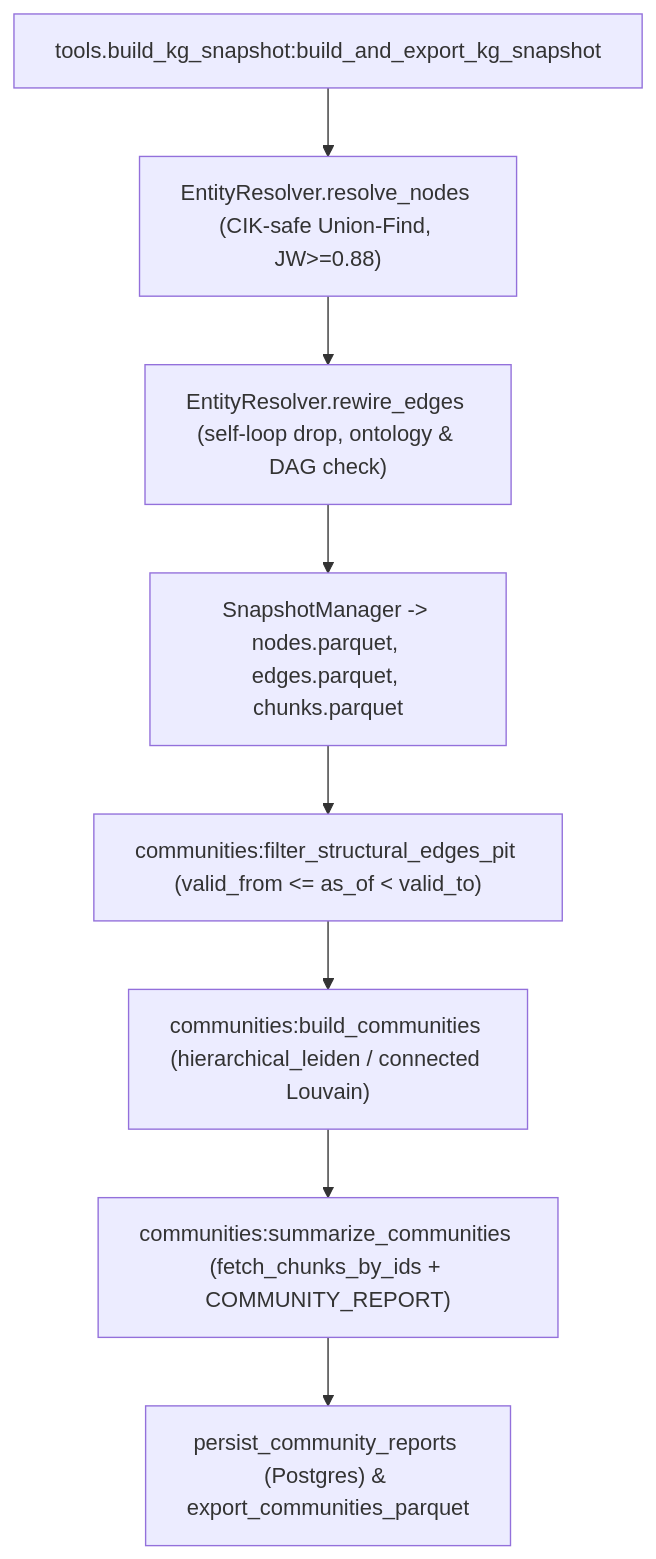
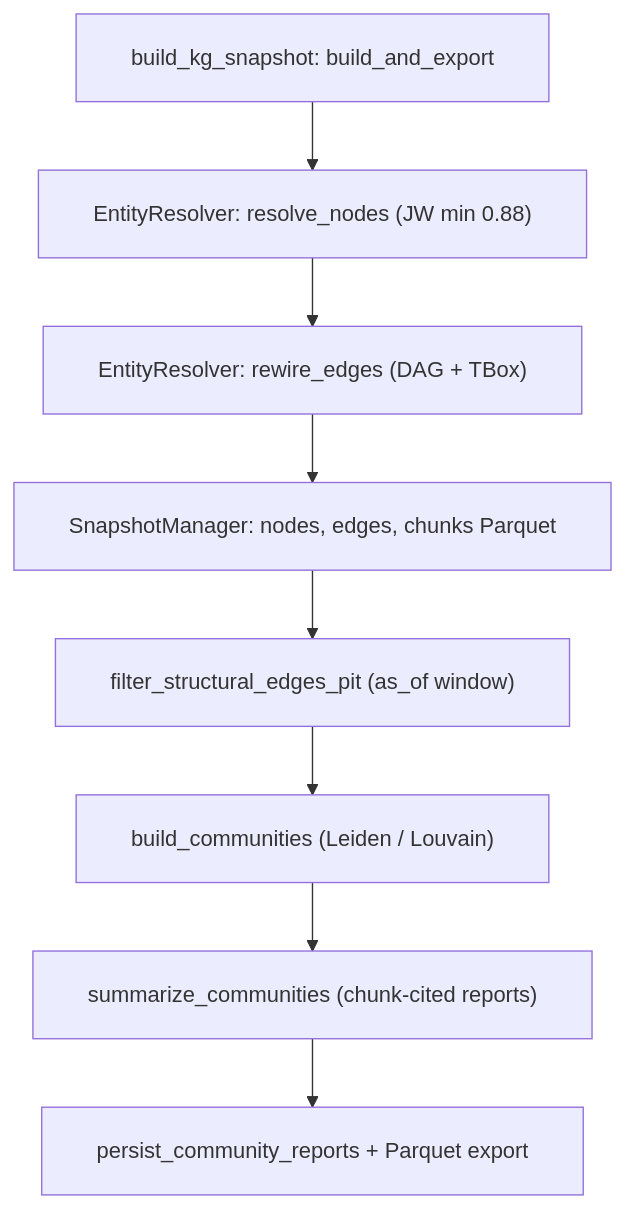
One commit to CamiloEmiliano/YarnBall changed the third of 4 diagrams in docs/technical-report/02-ontology-linkage-and-ledger.md. Above: the diagram before and after it, drawn with Mermaid. The commit also changed other lines of this file and 6 other files, not shown here.

Commit message:
docs(technical-report): fix Mermaid rendering, Monograph numbering, notation, and Ch.0 layout

````diff
--- a/docs/technical-report/02-ontology-linkage-and-ledger.md
+++ b/docs/technical-report/02-ontology-linkage-and-ledger.md
@@ -257,10 +271,11 @@
 ```mermaid
+%%{init: {"flowchart": {"htmlLabels": false, "wrappingWidth": 420, "padding": 20}}}%%
 flowchart TD
-    A["tools.build_kg_snapshot:build_and_export_kg_snapshot"] --> B["EntityResolver.resolve_nodes (CIK-safe Union-Find, JW>=0.88)"]
-    B --> C["EntityResolver.rewire_edges (self-loop drop, ontology & DAG check)"]
-    C --> D["SnapshotManager -> nodes.parquet, edges.parquet, chunks.parquet"]
-    D --> E["communities:filter_structural_edges_pit (valid_from <= as_of < valid_to)"]
-    E --> F["communities:build_communities (hierarchical_leiden / connected Louvain)"]
-    F --> G["communities:summarize_communities (fetch_chunks_by_ids + COMMUNITY_REPORT)"]
-    G --> H["persist_community_reports (Postgres) & export_communities_parquet"]
+    A["build_kg_snapshot: build_and_export"] --> B["EntityResolver: resolve_nodes (JW min 0.88)"]
+    B --> C["EntityResolver: rewire_edges (DAG + TBox)"]
+    C --> D["SnapshotManager: nodes, edges, chunks Parquet"]
+    D --> E["filter_structural_edges_pit (as_of window)"]
+    E --> F["build_communities (Leiden / Louvain)"]
+    F --> G["summarize_communities (chunk-cited reports)"]
+    G --> H["persist_community_reports + Parquet export"]
 ```
````
